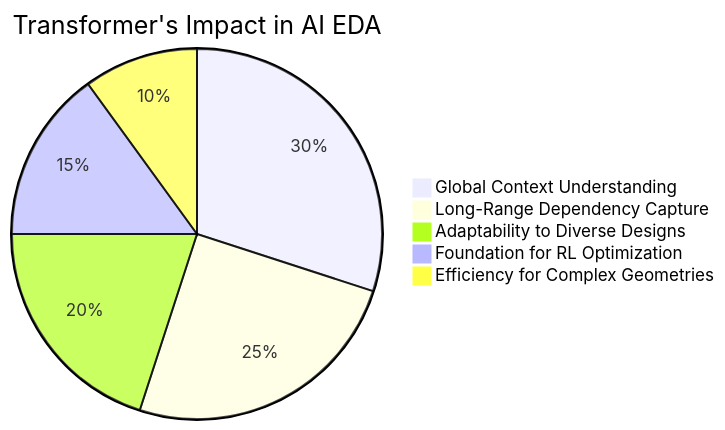
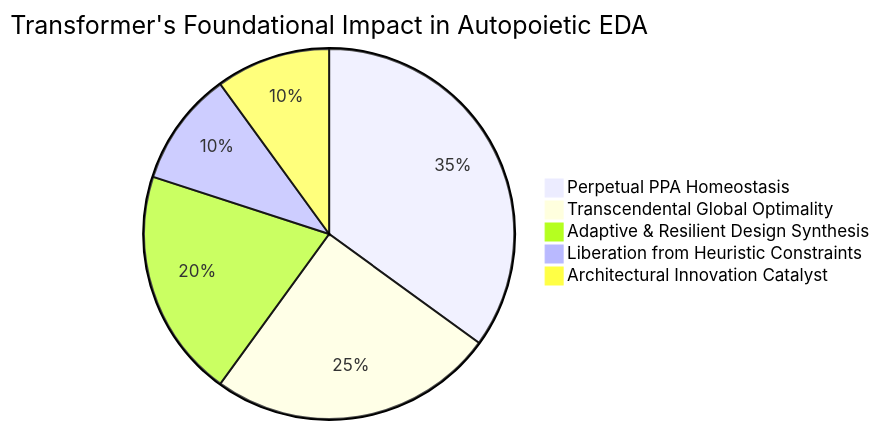
One commit to diplomat-bit/Citibank_Demo_Business_Inc_Demonstration- changed the third of 3 diagrams in inventions/ai_eda_core/generative_placement_transformer.md. Above: the diagram before and after it, drawn with Mermaid. The commit also changed other lines of this file, not shown here.

Commit message:
[AI] Edit: inventions/ai_eda_core/generative_placement_transformer.md

````diff
--- a/inventions/ai_eda_core/generative_placement_transformer.md
+++ b/inventions/ai_eda_core/generative_placement_transformer.md
@@ -172,8 +218,8 @@
 ```mermaid
-pie title Transformer's Impact in AI EDA
-    "Global Context Understanding" : 30
-    "Long-Range Dependency Capture" : 25
-    "Adaptability to Diverse Designs" : 20
-    "Foundation for RL Optimization" : 15
-    "Efficiency for Complex Geometries" : 10
+pie title Transformer's Foundational Impact in Autopoietic EDA
+    "Perpetual PPA Homeostasis" : 35
+    "Transcendental Global Optimality" : 25
+    "Adaptive & Resilient Design Synthesis" : 20
+    "Liberation from Heuristic Constraints" : 10
+    "Architectural Innovation Catalyst" : 10
 ```
````
